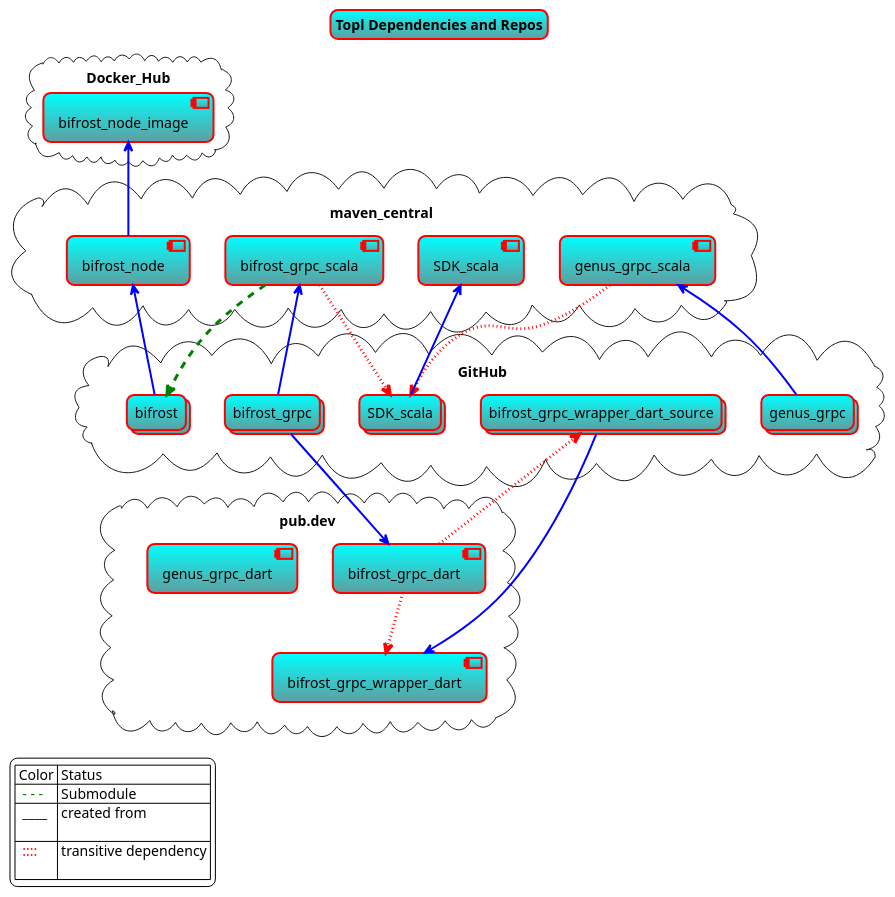
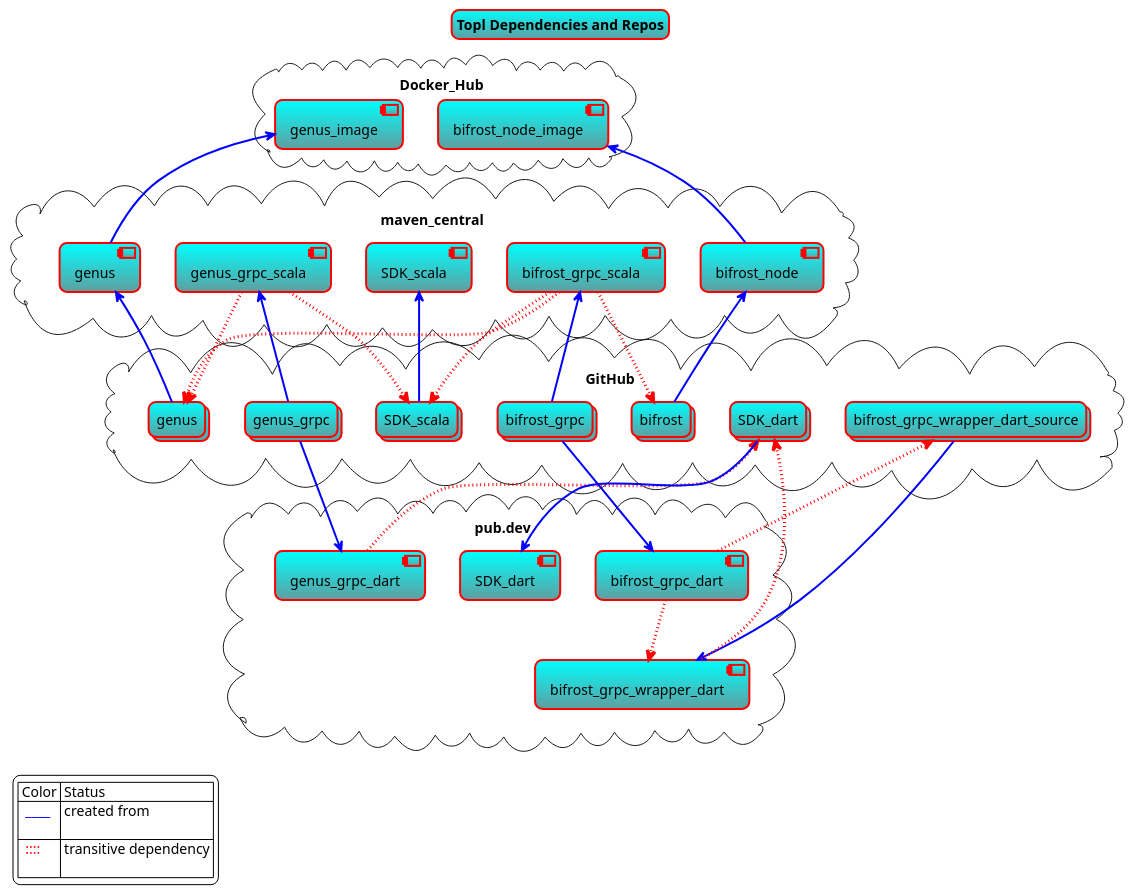
The diagram in dependencies.puml (mgrand-topl/PlantUML_Sandbox), drawn with PlantUML before and after one commit.

Commit message:
sdk_dart

```diff
--- a/dependencies.puml
+++ b/dependencies.puml
@@ -1,60 +1,71 @@
 @startuml
 skinparam titleBorderRoundCorner 15
 skinparam titleBorderThickness 2
 skinparam titleBorderColor red
 skinparam titleBackgroundColor Aqua-CadetBlue
 
 skinparam Legend {
     BackgroundColor #FFFFFF
     FontColor #000000
 }
 
 title Topl Dependencies and Repos
 
 cloud Docker_Hub {
   component bifrost_node_image
+  component genus_image
 }
 
 cloud GitHub {
   Collections "bifrost_grpc" as bg
   Collections bifrost_grpc_wrapper_dart_source
   Collections bifrost
   Collections SDK_scala
+  Collections SDK_dart
   Collections genus_grpc
+  Collections genus
 }
 cloud maven_central {
   component bifrost_grpc_scala
   component genus_grpc_scala
   component SDK_scala as SDK_scala.jar
   component bifrost_node
+  component genus as genus_lib
 }
 cloud pub.dev {
   component bifrost_grpc_dart
   component bifrost_grpc_wrapper_dart
   component genus_grpc_dart
+  component SDK_dart as SDK_dart_lib
 }
 bifrost_grpc_scala <-[#blue,thickness=2]- bg
 bg -[#blue,thickness=2]-> bifrost_grpc_dart
 bifrost_grpc_dart -[#red,dotted,thickness=3]-> bifrost_grpc_wrapper_dart
 bifrost_grpc_dart -[#red,dotted,thickness=3]-> bifrost_grpc_wrapper_dart_source
 bifrost_grpc_wrapper_dart_source -[#blue,thickness=2]-> bifrost_grpc_wrapper_dart
-bifrost_grpc_scala -[#green,dashed,thickness=3]-> bifrost
+bifrost_grpc_scala -[#red,dotted,thickness=3]-> bifrost
 bifrost_grpc_scala -[#red,dotted,thickness=3]-> SDK_scala
 genus_grpc -[#blue,thickness=2]-> genus_grpc_scala
 genus_grpc_scala -[#red,dotted,thickness=3]-> SDK_scala
 SDK_scala -[#blue,thickness=2]-> SDK_scala.jar
 bifrost -[#blue,thickness=2]-> bifrost_node
 bifrost_node_image <-[#blue,thickness=2]- bifrost_node
-
+genus_grpc -[#blue,thickness=2]-> genus_grpc_dart
+genus_grpc_dart -[#red,dotted,thickness=3]-> SDK_dart
+SDK_dart <-[#red,dotted,thickness=3]- bifrost_grpc_wrapper_dart
+SDK_dart -[#blue,thickness=2]-> SDK_dart_lib
+genus_grpc_scala -[#red,dotted,thickness=3]-> genus
+bifrost_grpc_scala -[#red,dotted,thickness=3]-> genus
+genus_lib <-[#blue,thickness=2]- genus
+genus_image <-[#blue,thickness=2]- genus_lib
 
 maven_central -[hidden]- GitHub
 GitHub -[hidden]----- pub.dev
 
 legend bottom left
   | Color | Status |
-  | <color:#green> - - -| Submodule |
   | <color:#blue> ____\n| created from |
   | <color:red> ::::\n | transitive dependency |
 end legend
 
 @enduml
```
